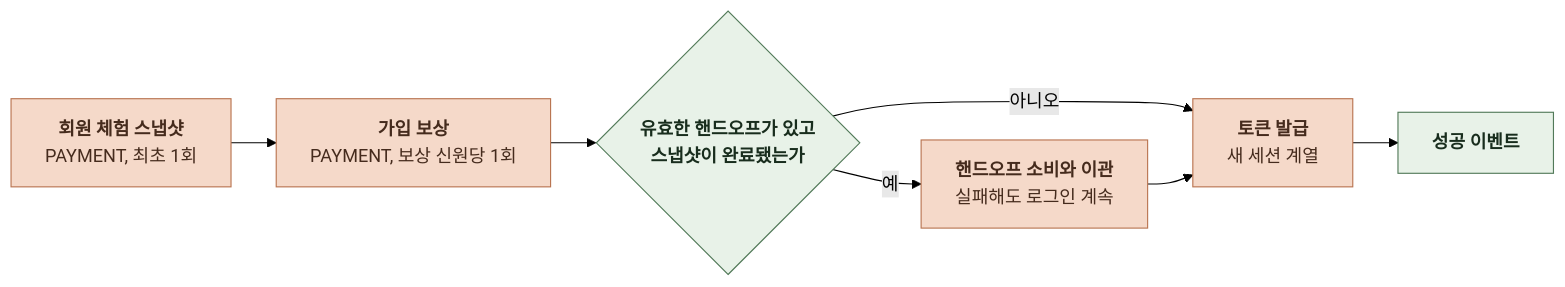
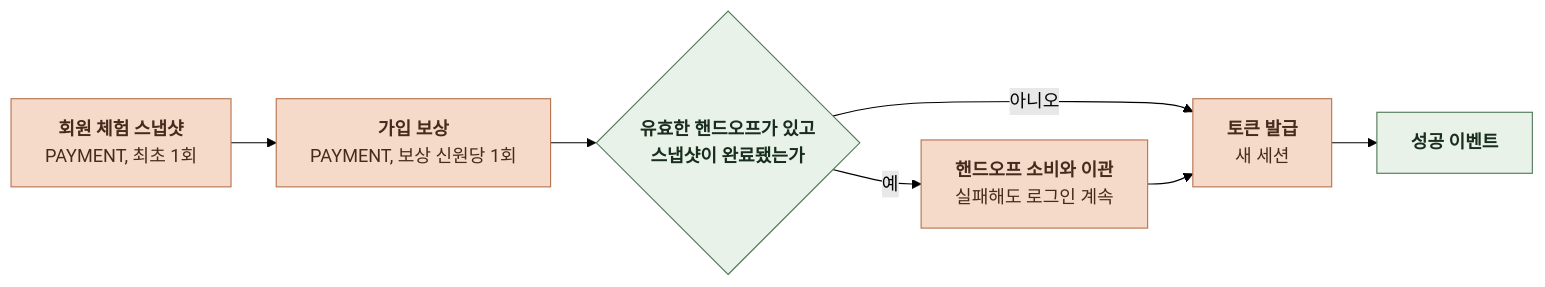
Before and after one commit to KIM-N-KANG/knk-harness: the fourth of 16 diagrams in docs/domain/ACCOUNT/BACKEND/4-1-PIPELINES.md, drawn with Mermaid (forest theme). The commit also changed other lines of this file and 12 other files, not shown here.

````diff
--- a/docs/domain/ACCOUNT/BACKEND/4-1-PIPELINES.md
+++ b/docs/domain/ACCOUNT/BACKEND/4-1-PIPELINES.md
@@ -136,19 +136,19 @@
 ```mermaid
 %%{init: {"flowchart": {"curve": "basis", "nodeSpacing": 24, "rankSpacing": 40}}}%%
 flowchart LR
     A["`**회원 체험 스냅샷**
 PAYMENT, 최초 1회`"] --> B["`**가입 보상**
 PAYMENT, 보상 신원당 1회`"]
     B --> C{"`**유효한 핸드오프가 있고
 스냅샷이 완료됐는가**`"}
     C -->|예| D["`**핸드오프 소비와 이관**
 실패해도 로그인 계속`"]
     C -->|아니오| E["`**토큰 발급**
-새 세션 계열`"]
+새 세션`"]
     D --> E
     E --> F["`**성공 이벤트**`"]
     classDef comp fill:#E8F2E8,stroke:#527A59,color:#182D1D
     classDef task fill:#F5D9C9,stroke:#B97450,color:#452B1D
     class C,F comp
     class A,B,D,E task
 ```
````
